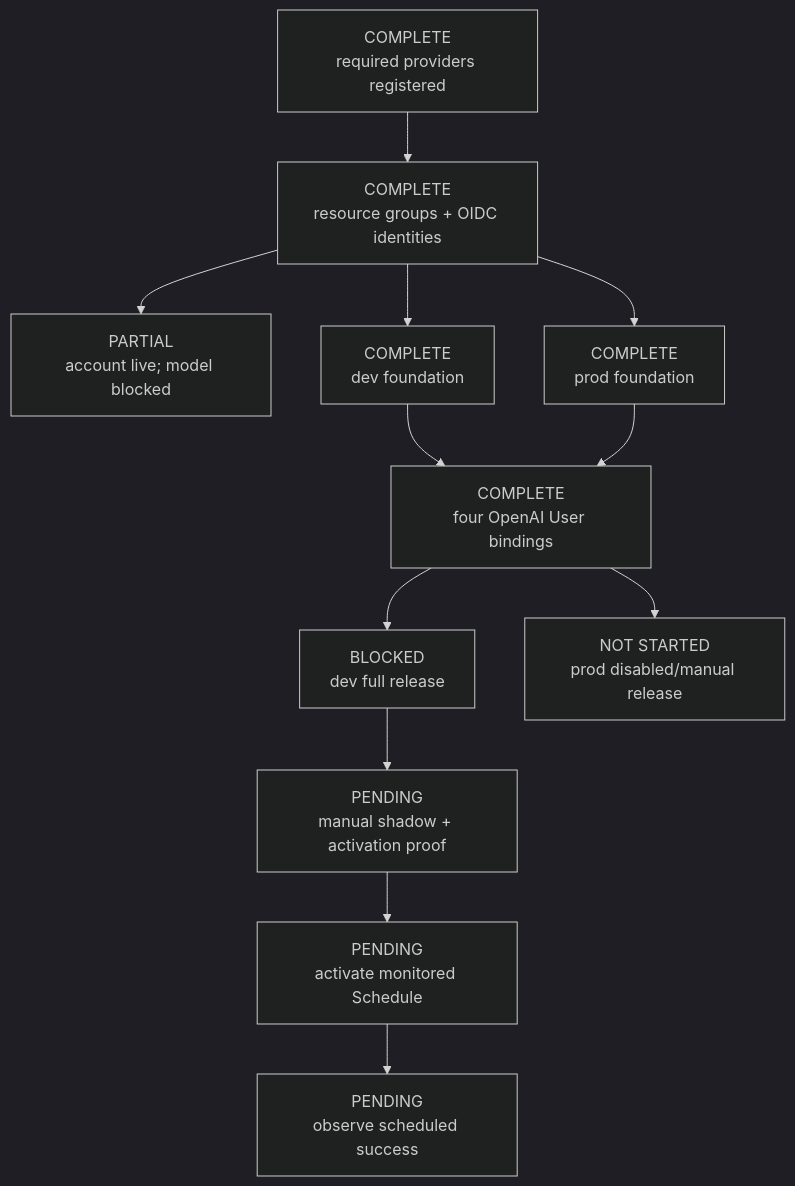
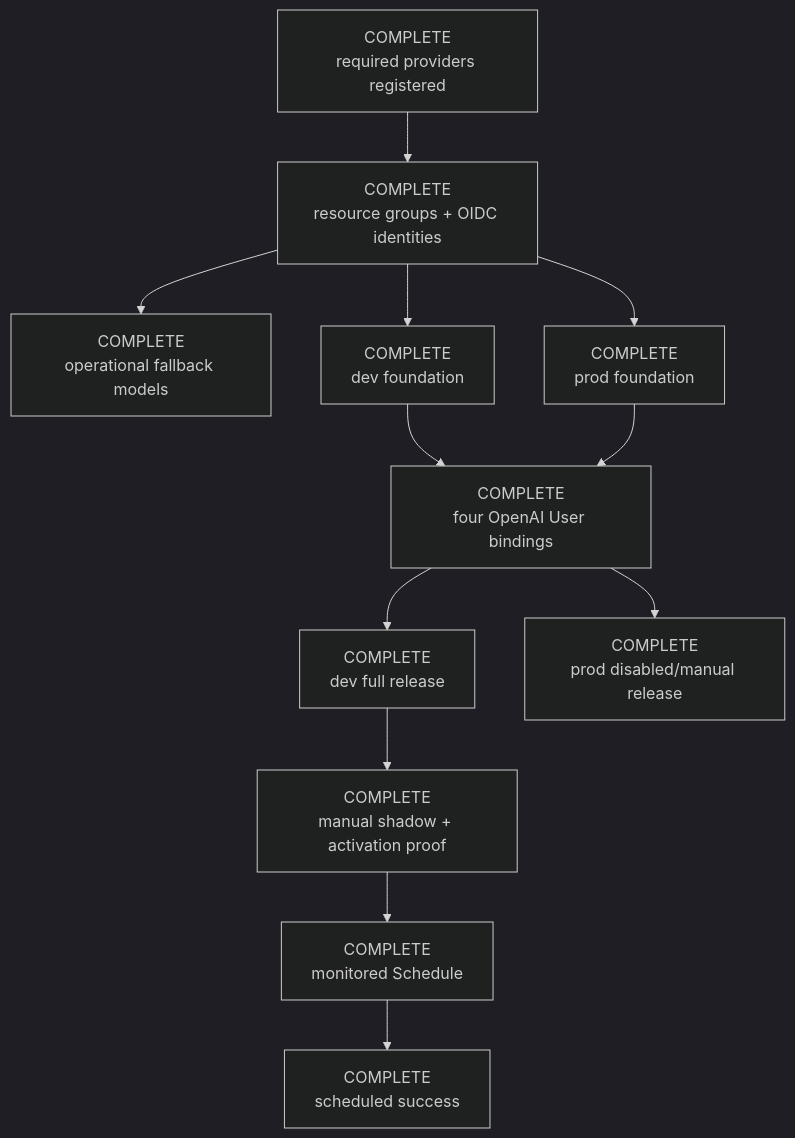
Before and after one commit to The-weyland-yutani-corporation/project-krypto-dog: the second of 2 diagrams in specs/architecture.md, drawn with Mermaid (dark theme). The commit also changed other lines of this file and 4 other files, not shown here.

````diff
--- a/specs/architecture.md
+++ b/specs/architecture.md
@@ -185,23 +184,23 @@
 ```mermaid
 flowchart TD
   PROVIDERS["COMPLETE<br/>required providers registered"]
   BOOT["COMPLETE<br/>resource groups + OIDC identities"]
-  PLATFORM["PARTIAL<br/>account live; model blocked"]
+  PLATFORM["COMPLETE<br/>operational fallback models"]
   DEV_FOUNDATION["COMPLETE<br/>dev foundation"]
   PROD_FOUNDATION["COMPLETE<br/>prod foundation"]
   ACCESS["COMPLETE<br/>four OpenAI User bindings"]
-  DEV_FULL["BLOCKED<br/>dev full release"]
-  DEV_MANUAL["PENDING<br/>manual shadow + activation proof"]
-  DEV_SCHEDULE["PENDING<br/>activate monitored Schedule"]
-  DEV_OBSERVE["PENDING<br/>observe scheduled success"]
-  PROD_FULL["NOT STARTED<br/>prod disabled/manual release"]
+  DEV_FULL["COMPLETE<br/>dev full release"]
+  DEV_MANUAL["COMPLETE<br/>manual shadow + activation proof"]
+  DEV_SCHEDULE["COMPLETE<br/>monitored Schedule"]
+  DEV_OBSERVE["COMPLETE<br/>scheduled success"]
+  PROD_FULL["COMPLETE<br/>prod disabled/manual release"]
 
   PROVIDERS --> BOOT
   BOOT --> PLATFORM
   BOOT --> DEV_FOUNDATION
   BOOT --> PROD_FOUNDATION
   DEV_FOUNDATION --> ACCESS
   PROD_FOUNDATION --> ACCESS
   ACCESS --> DEV_FULL --> DEV_MANUAL --> DEV_SCHEDULE --> DEV_OBSERVE
   ACCESS --> PROD_FULL
 ```
````
